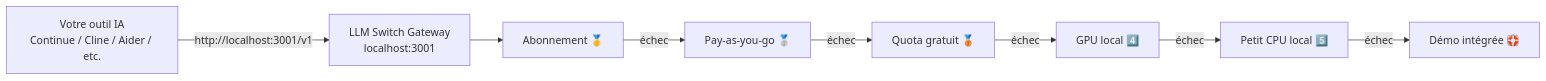
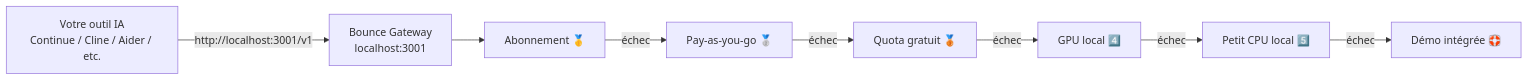
The diagram in README.fr.md (Jingchao-Remy/Bounce), drawn with Mermaid before and after one commit. The commit also changed other lines of this file and 8 other files, not shown here.

````diff
--- a/README.fr.md
+++ b/README.fr.md
@@ -12,14 +12,14 @@
 ```mermaid
 flowchart LR
     Tool[Votre outil IA<br/>Continue / Cline / Aider / etc.]
-    GW[LLM Switch Gateway<br/>localhost:3001]
+    GW[Bounce Gateway<br/>localhost:3001]
     T1[Abonnement 🥇]
     T2[Pay-as-you-go 🥈]
     T3[Quota gratuit 🥉]
     T4[GPU local 4️⃣]
     T5[Petit CPU local 5️⃣]
     T6[Démo intégrée 🛟]
 
     Tool -->|http://localhost:3001/v1| GW
     GW --> T1 -->|échec| T2 -->|échec| T3 -->|échec| T4 -->|échec| T5 -->|échec| T6
 ```
````
